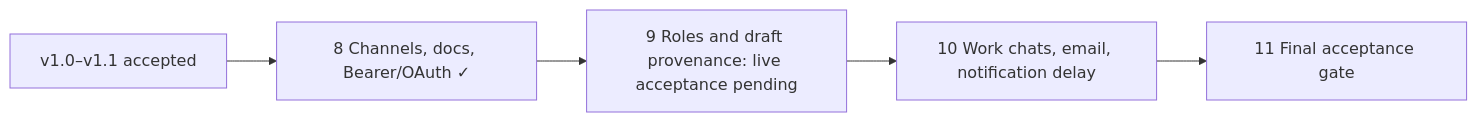
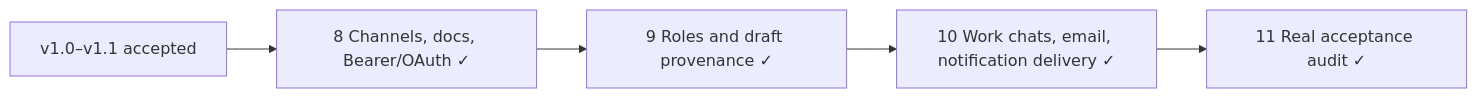
The diagram in .planning/ROADMAP.md (megamen32/universal-userio), drawn with Mermaid before and after one commit. The commit also changed other lines of this file and 13 other files, not shown here.

Commit message:
Close UserIO real secretary and notification acceptance and refresh public guides

````diff
--- a/.planning/ROADMAP.md
+++ b/.planning/ROADMAP.md
@@ -100,7 +100,7 @@
 ```mermaid
 flowchart LR
   H["v1.0–v1.1 accepted"] --> P8["8 Channels, docs, Bearer/OAuth ✓"]
-  P8 --> P9["9 Roles and draft provenance: live acceptance pending"]
-  P9 --> P10["10 Work chats, email, notification delay"]
-  P10 --> P11["11 Final acceptance gate"]
+  P8 --> P9["9 Roles and draft provenance ✓"]
+  P9 --> P10["10 Work chats, email, notification delivery ✓"]
+  P10 --> P11["11 Real acceptance audit ✓"]
 ```
````
